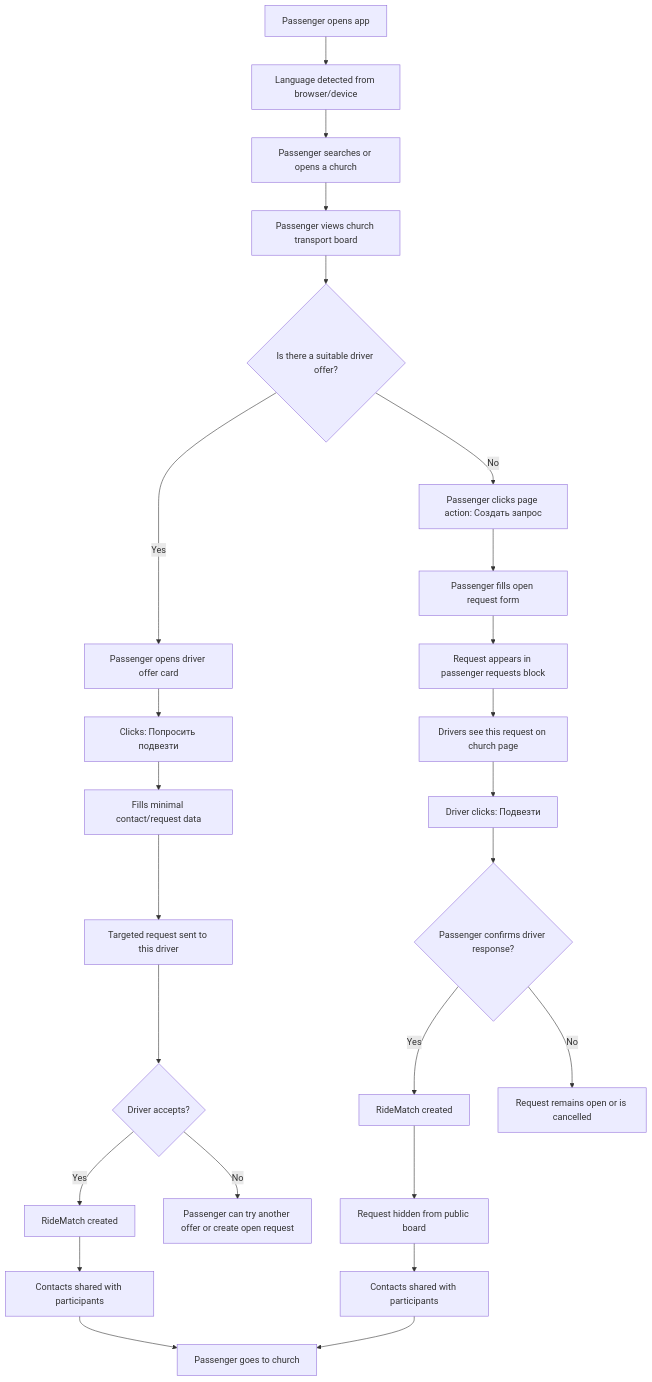
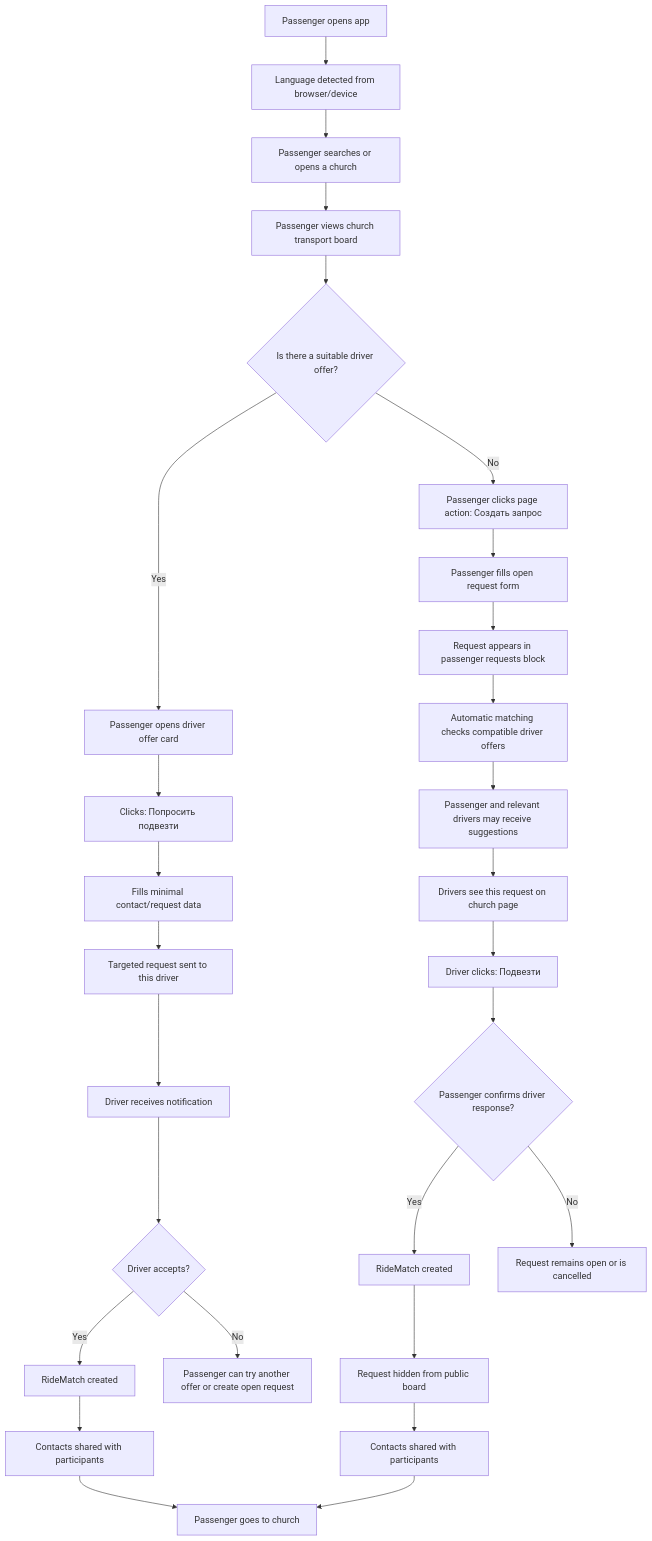
The third of 11 diagrams in docs/PROJECT_MAP.md (Agafanail/orthodox-routes), drawn with Mermaid before and after one commit. The commit also changed other lines of this file and 3 other files, not shown here.

Commit message:
Add matching and notification concept

````diff
--- a/docs/PROJECT_MAP.md
+++ b/docs/PROJECT_MAP.md
@@ -92,30 +92,33 @@
 ```mermaid
 flowchart TD
     P0["Passenger opens app"] --> P1["Language detected from browser/device"]
     P1 --> P2["Passenger searches or opens a church"]
     P2 --> P3["Passenger views church transport board"]
 
     P3 --> A{"Is there a suitable driver offer?"}
 
     A -->|Yes| A1["Passenger opens driver offer card"]
     A1 --> A2["Clicks: Попросить подвезти"]
     A2 --> A3["Fills minimal contact/request data"]
     A3 --> A4["Targeted request sent to this driver"]
-    A4 --> A5{"Driver accepts?"}
+    A4 --> A4N["Driver receives notification"]
+    A4N --> A5{"Driver accepts?"}
     A5 -->|Yes| A6["RideMatch created"]
     A6 --> A7["Contacts shared with participants"]
     A7 --> A8["Passenger goes to church"]
     A5 -->|No| A9["Passenger can try another offer or create open request"]
 
     A -->|No| B1["Passenger clicks page action: Создать запрос"]
     B1 --> B2["Passenger fills open request form"]
     B2 --> B3["Request appears in passenger requests block"]
-    B3 --> B4["Drivers see this request on church page"]
+    B3 --> B3M["Automatic matching checks compatible driver offers"]
+    B3M --> B3N["Passenger and relevant drivers may receive suggestions"]
+    B3N --> B4["Drivers see this request on church page"]
     B4 --> B5["Driver clicks: Подвезти"]
     B5 --> B6{"Passenger confirms driver response?"}
     B6 -->|Yes| B7["RideMatch created"]
     B7 --> B8["Request hidden from public board"]
     B8 --> B9["Contacts shared with participants"]
     B9 --> A8
     B6 -->|No| B10["Request remains open or is cancelled"]
 ```
````
